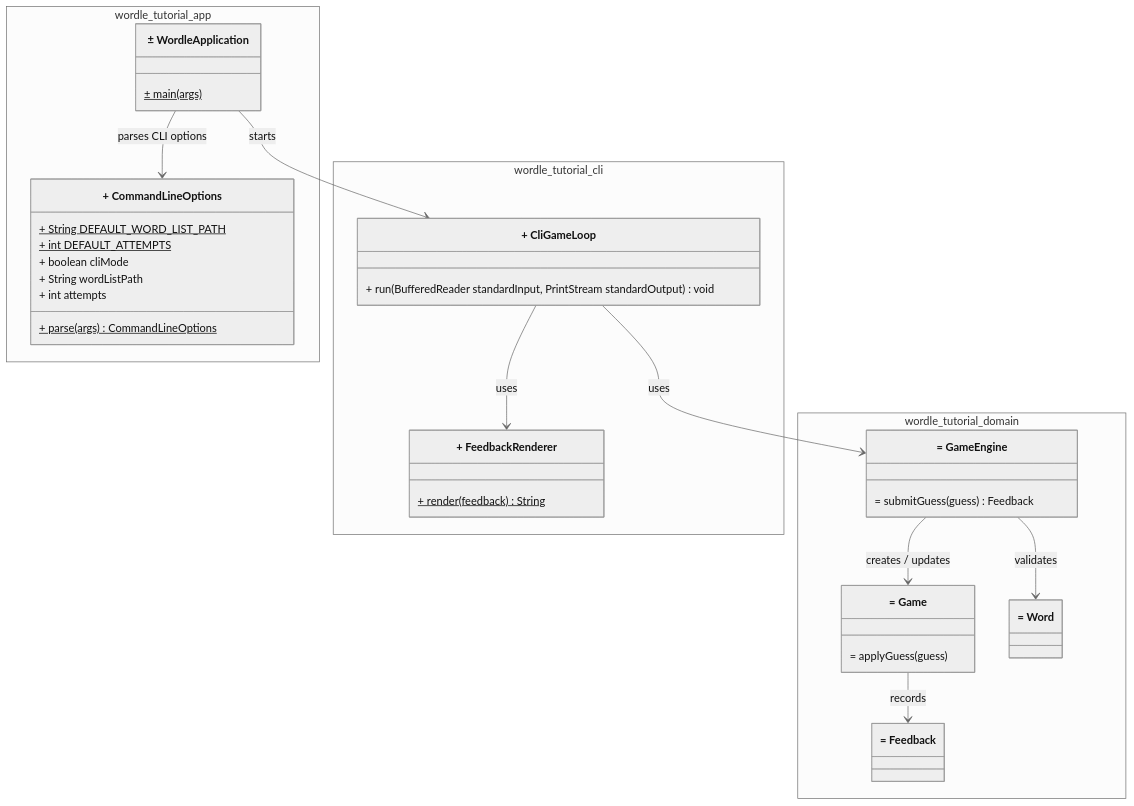
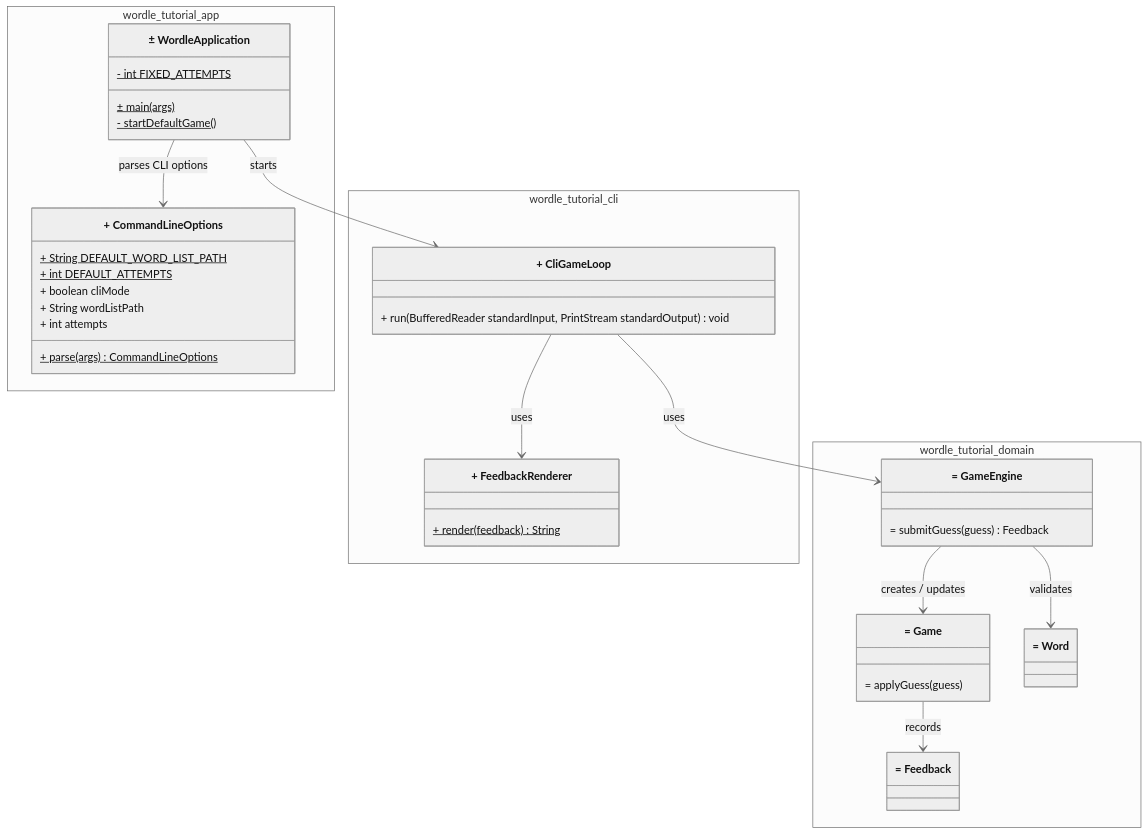
The sixth of 7 diagrams in skills/spec-loop-plan-task/examples/example-task-wordle-cli.md (dpolivaev/spec-loop), drawn with Mermaid (neutral theme) before and after one commit. The commit also changed other lines of this file and 11 other files, not shown here.

````diff
--- a/skills/spec-loop-plan-task/examples/example-task-wordle-cli.md
+++ b/skills/spec-loop-plan-task/examples/example-task-wordle-cli.md
@@ -232,41 +240,43 @@
   ```mermaid
   classDiagram
       namespace wordle_tutorial_app {
           class WordleApplication["± WordleApplication"] {
               ± main(args)$
+              - startDefaultGame()$
+              - int FIXED_ATTEMPTS$
           }
           class CommandLineOptions["+ CommandLineOptions"] {
               + String DEFAULT_WORD_LIST_PATH$
               + int DEFAULT_ATTEMPTS$
               + boolean cliMode
               + String wordListPath
               + int attempts
               + parse(args) CommandLineOptions$
           }
       }
       namespace wordle_tutorial_cli {
           class CliGameLoop["+ CliGameLoop"] {
               + run(BufferedReader standardInput, PrintStream standardOutput) void
           }
           class FeedbackRenderer["+ FeedbackRenderer"] {
               + render(feedback) String$
           }
       }
       namespace wordle_tutorial_domain {
           class Game["= Game"] {
               = applyGuess(guess)
           }
           class GameEngine["= GameEngine"] {
               = submitGuess(guess) Feedback
           }
           class Feedback["= Feedback"]
           class Word["= Word"]
       }
       WordleApplication --> CommandLineOptions : parses CLI options
       WordleApplication --> CliGameLoop : starts
       CliGameLoop --> GameEngine : uses
       CliGameLoop --> FeedbackRenderer : uses
       GameEngine --> Game : creates / updates
       GameEngine --> Word : validates
       Game --> Feedback : records
   ```
````
